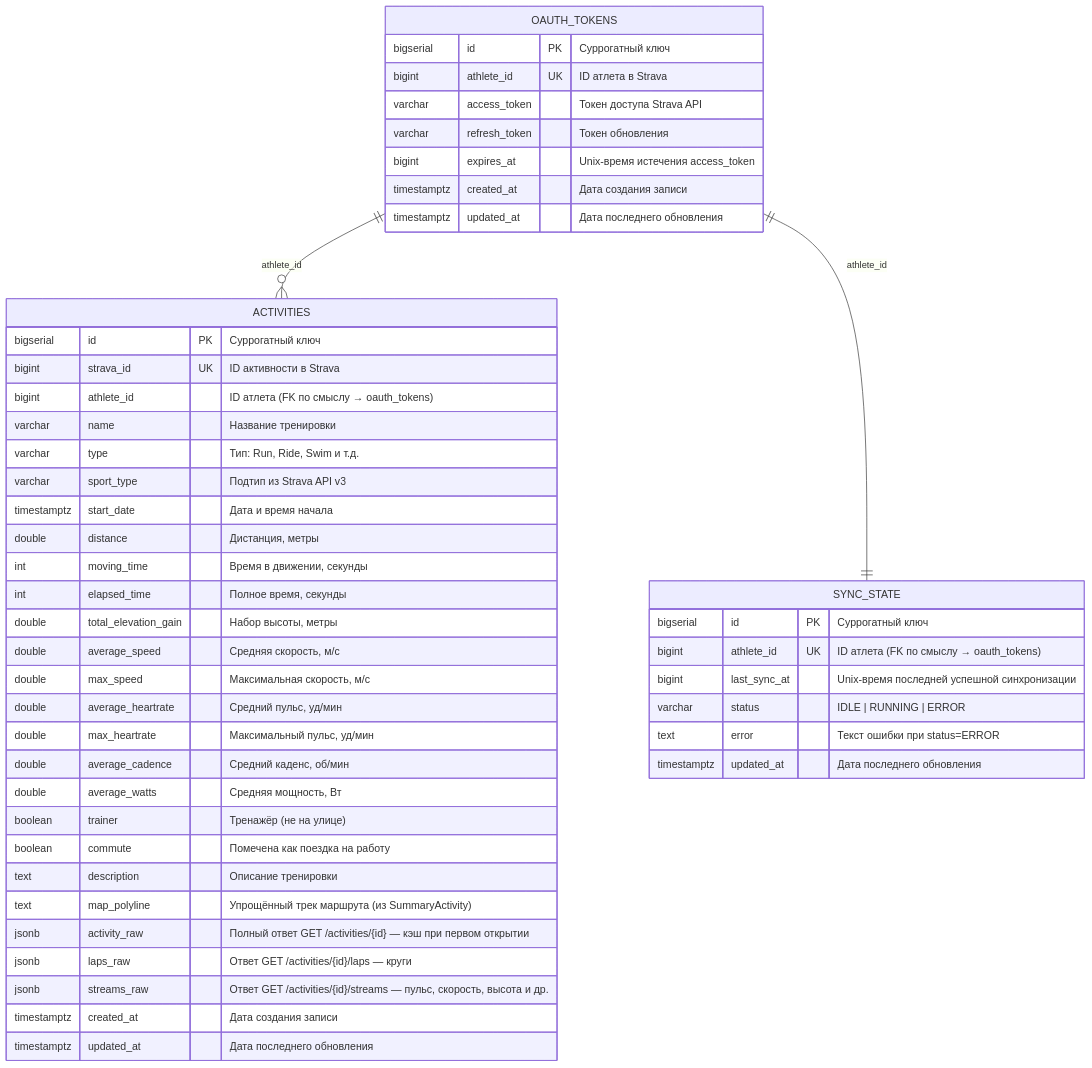
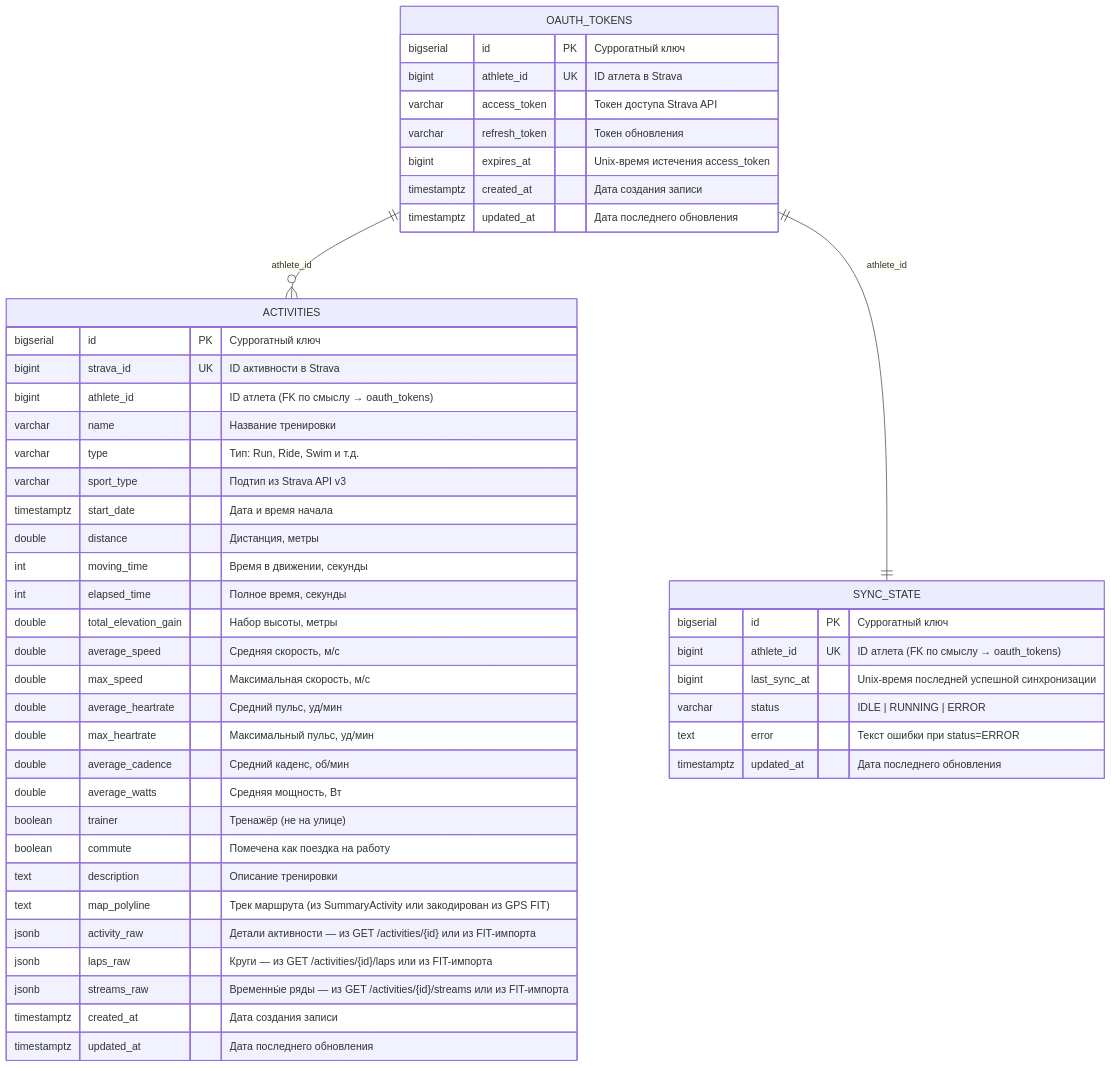
The diagram in README.md (zlov82/strava-tracker), drawn with Mermaid before and after one commit. The commit also changed other lines of this file and 13 other files, not shown here.

First line of the commit message:
feat: import activities from FIT files (Strava API-free)

````diff
--- a/README.md
+++ b/README.md
@@ -88,53 +99,53 @@
 ```mermaid
 erDiagram
     OAUTH_TOKENS ||--o{ ACTIVITIES : "athlete_id"
     OAUTH_TOKENS ||--|| SYNC_STATE : "athlete_id"
 
     OAUTH_TOKENS {
         bigserial id PK "Суррогатный ключ"
         bigint athlete_id UK "ID атлета в Strava"
         varchar access_token "Токен доступа Strava API"
         varchar refresh_token "Токен обновления"
         bigint expires_at "Unix-время истечения access_token"
         timestamptz created_at "Дата создания записи"
         timestamptz updated_at "Дата последнего обновления"
     }
 
     ACTIVITIES {
         bigserial id PK "Суррогатный ключ"
         bigint strava_id UK "ID активности в Strava"
         bigint athlete_id "ID атлета (FK по смыслу → oauth_tokens)"
         varchar name "Название тренировки"
         varchar type "Тип: Run, Ride, Swim и т.д."
         varchar sport_type "Подтип из Strava API v3"
         timestamptz start_date "Дата и время начала"
         double distance "Дистанция, метры"
         int moving_time "Время в движении, секунды"
         int elapsed_time "Полное время, секунды"
         double total_elevation_gain "Набор высоты, метры"
         double average_speed "Средняя скорость, м/с"
         double max_speed "Максимальная скорость, м/с"
         double average_heartrate "Средний пульс, уд/мин"
         double max_heartrate "Максимальный пульс, уд/мин"
         double average_cadence "Средний каденс, об/мин"
         double average_watts "Средняя мощность, Вт"
         boolean trainer "Тренажёр (не на улице)"
         boolean commute "Помечена как поездка на работу"
         text description "Описание тренировки"
-        text map_polyline "Упрощённый трек маршрута (из SummaryActivity)"
-        jsonb activity_raw "Полный ответ GET /activities/{id} — кэш при первом открытии"
-        jsonb laps_raw "Ответ GET /activities/{id}/laps — круги"
-        jsonb streams_raw "Ответ GET /activities/{id}/streams — пульс, скорость, высота и др."
+        text map_polyline "Трек маршрута (из SummaryActivity или закодирован из GPS FIT)"
+        jsonb activity_raw "Детали активности — из GET /activities/{id} или из FIT-импорта"
+        jsonb laps_raw "Круги — из GET /activities/{id}/laps или из FIT-импорта"
+        jsonb streams_raw "Временны́е ряды — из GET /activities/{id}/streams или из FIT-импорта"
         timestamptz created_at "Дата создания записи"
         timestamptz updated_at "Дата последнего обновления"
     }
 
     SYNC_STATE {
         bigserial id PK "Суррогатный ключ"
         bigint athlete_id UK "ID атлета (FK по смыслу → oauth_tokens)"
         bigint last_sync_at "Unix-время последней успешной синхронизации"
         varchar status "IDLE | RUNNING | ERROR"
         text error "Текст ошибки при status=ERROR"
         timestamptz updated_at "Дата последнего обновления"
     }
 ```
````
